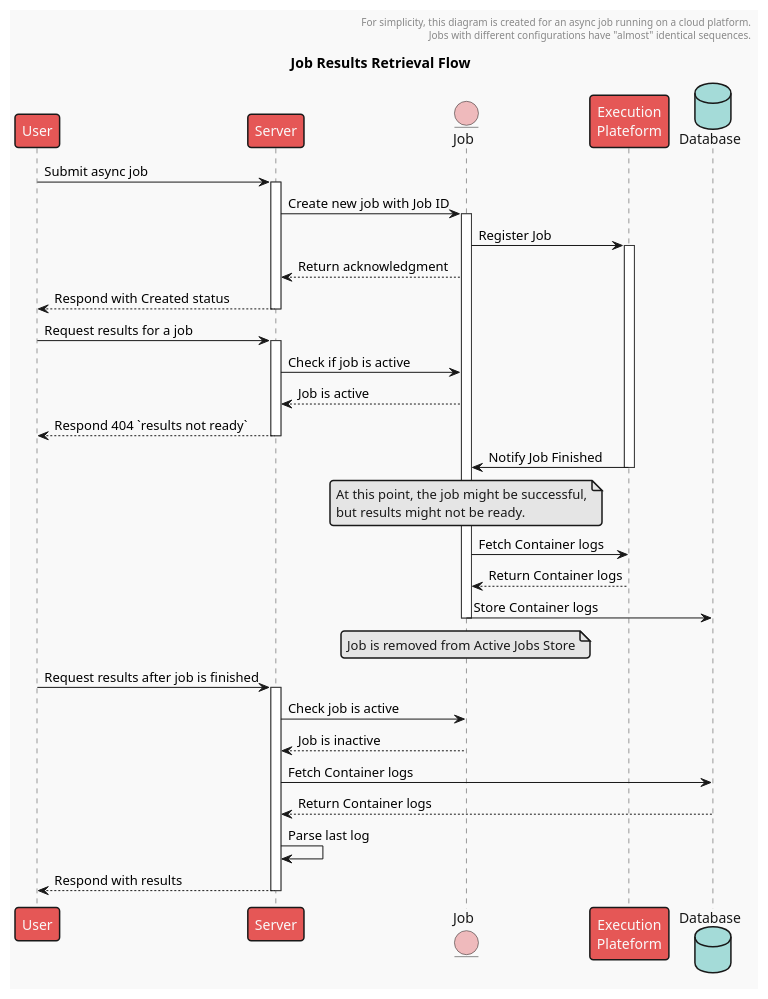
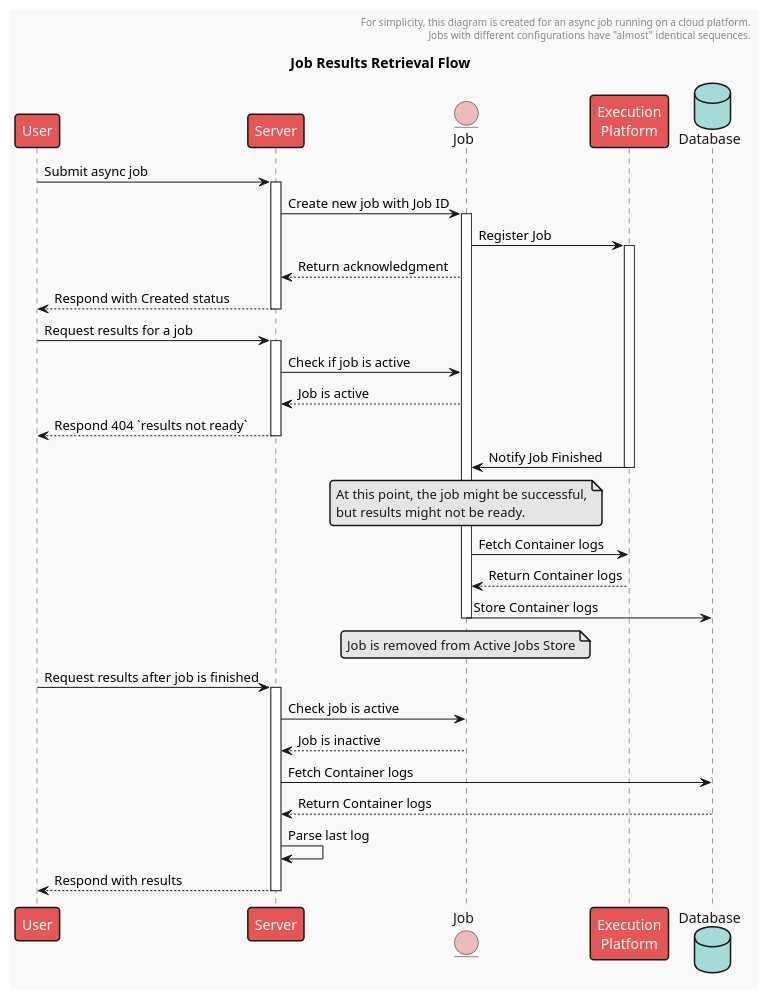
One commit to Dewberry/process-api changed the diagram in imgs/umls/sequence-diagrams/results.puml. Above: the diagram before and after it, drawn with PlantUML. The commit also changed 7 other files, not shown here.

```diff
--- a/imgs/umls/sequence-diagrams/results.puml
+++ b/imgs/umls/sequence-diagrams/results.puml
@@ -1,58 +1,58 @@
 @startuml results
 !theme mars
 
 title Job Results Retrieval Flow
 header
     For simplicity, this diagram is created for an async job running on a cloud platform.
     Jobs with different configurations have "almost" identical sequences.
 end header
 
 participant User
 participant Server
 entity Job
-participant "Execution\nPlateform"
+participant "Execution\nPlatform"
 database Database
 
 User -> Server: Submit async job
 activate Server
 
 Server -> Job: Create new job with Job ID
 activate Job
-Job -> "Execution\nPlateform": Register Job
-activate "Execution\nPlateform"
+Job -> "Execution\nPlatform": Register Job
+activate "Execution\nPlatform"
 
 Job --> Server: Return acknowledgment
 Server --> User: Respond with Created status
 deactivate Server
 
 User -> Server: Request results for a job
 activate Server
 Server -> Job: Check if job is active
 Job --> Server: Job is active
 Server --> User: Respond 404 `results not ready`
 deactivate Server
 
 
-"Execution\nPlateform" -> Job: Notify Job Finished
-deactivate "Execution\nPlateform"
+"Execution\nPlatform" -> Job: Notify Job Finished
+deactivate "Execution\nPlatform"
 note over Job: At this point, the job might be successful,\nbut results might not be ready.
 
-Job -> "Execution\nPlateform": Fetch Container logs
-"Execution\nPlateform" --> Job: Return Container logs
+Job -> "Execution\nPlatform": Fetch Container logs
+"Execution\nPlatform" --> Job: Return Container logs
 
 Job -> Database: Store Container logs
 
 note over Job: Job is removed from Active Jobs Store
 deactivate Job
 
 User -> Server: Request results after job is finished
 activate Server
 Server -> Job: Check job is active
 Job --> Server: Job is inactive
 Server -> Database: Fetch Container logs
 Database --> Server: Return Container logs
 Server -> Server: Parse last log
 Server --> User: Respond with results
 deactivate Server
 
 @enduml
```
